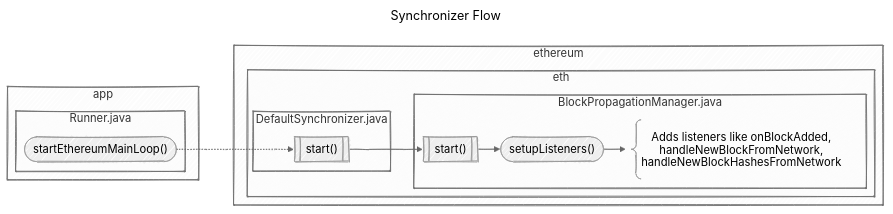
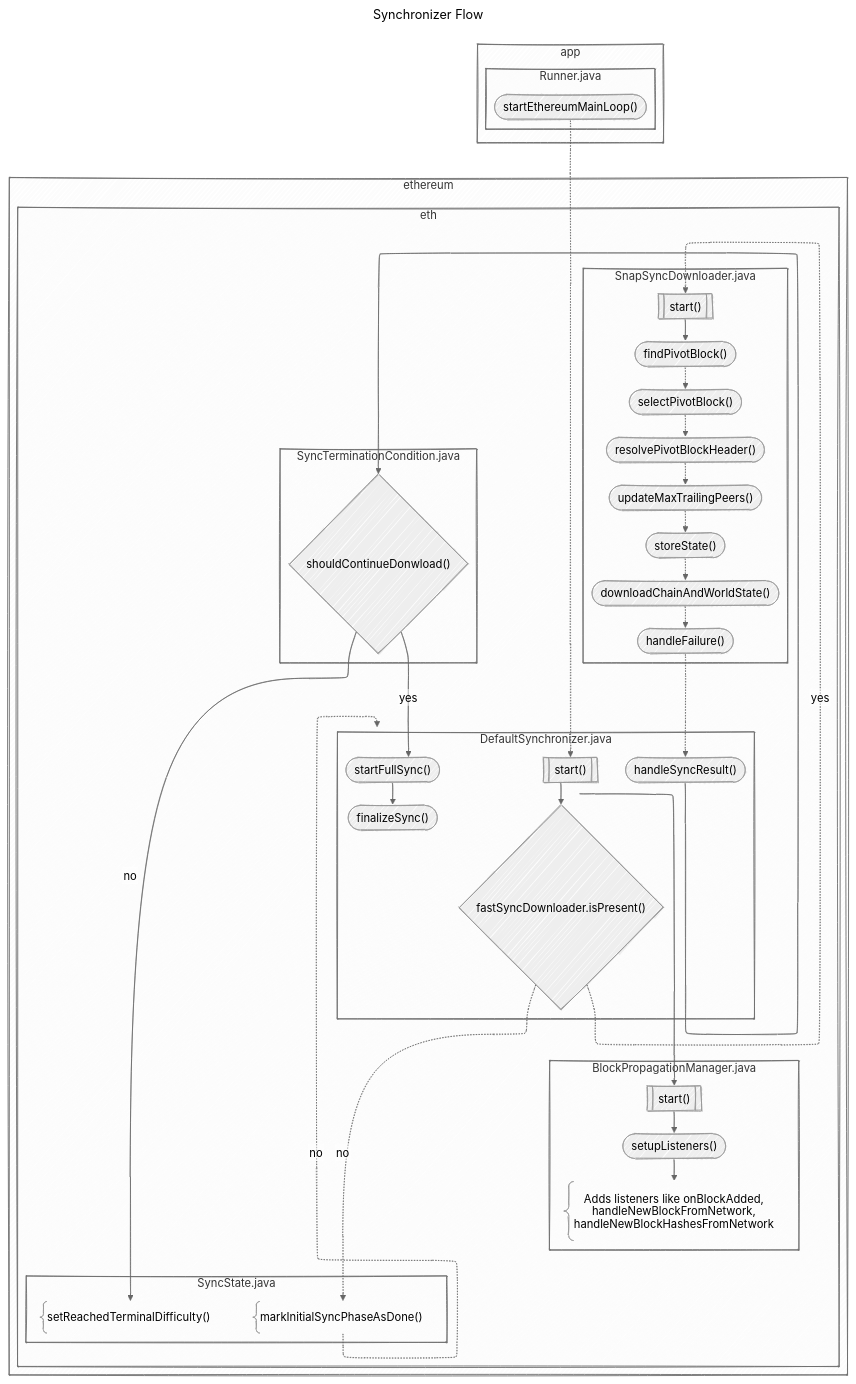
One commit to mimanshumaheshwari-zeeve/besu-flow-documentation changed the diagram in diagrams/startup/BESU-STARTUP-004-synchronizer-start.mmd. Above: the diagram before and after it, drawn with Mermaid.

Commit message:
Add: synchronizer start flow

```diff
--- a/diagrams/startup/BESU-STARTUP-004-synchronizer-start.mmd
+++ b/diagrams/startup/BESU-STARTUP-004-synchronizer-start.mmd
@@ -1,41 +1,75 @@
 ---
 title: Synchronizer Flow
 config:
   layout: elk
   htmlLabels: false
   theme: neutral
   look: handDrawn
   handDrawnSeed: 8123234
   elk:
     mergeEdges: true
     nodePlacementStrategy: LINEAR_SEGMENTS
     nodePlacementAlignment: BALANCED
     keepEntryNodeOnTop: true
   flowchart:
     defaultRenderer : elk
     wrappingWidth: 350
     inheritDir: false
 ---
 %%{init: {"flowchart": {"defaultRenderer": "elk"}} }%%
-flowchart LR
+flowchart
   subgraph "app"
     subgraph "Runner.java"
       startEthereumMainLoop(["`startEthereumMainLoop()`"])
     end
   end
 
   subgraph "ethereum"
     subgraph "eth"
+      subgraph "SyncState.java"
+        markInitialSyncPhaseAsDone("`markInitialSyncPhaseAsDone()`")
+        setReachedTerminalDifficulty("`setReachedTerminalDifficulty()`")
+      end
+
+      subgraph "SyncTerminationCondition.java"
+        shouldContinueDonwload{"`shouldContinueDonwload()`"}
+      end
+
+      subgraph "SnapSyncDownloader.java"
+        snapSyncDownloader_start[["`start()`"]]
+        findPivotBlock(["`findPivotBlock()`"])
+        selectPivotBlock(["`selectPivotBlock()`"])
+        resolvePivotBlockHeader(["`resolvePivotBlockHeader()`"])
+        updateMaxTrailingPeers(["`updateMaxTrailingPeers()`"])
+        storeState(["`storeState()`"])
+        downloadChainAndWorldState(["`downloadChainAndWorldState()`"])
+        handleFailure(["`handleFailure()`"])
+
+        snapSyncDownloader_start --> findPivotBlock .->selectPivotBlock .-> resolvePivotBlockHeader .-> updateMaxTrailingPeers .-> storeState .-> downloadChainAndWorldState .-> handleFailure
+      end
+
       subgraph "DefaultSynchronizer.java"
         defaultSynchronizer_start[["`start()`"]]
+        startFullSync(["`startFullSync()`"])
+        finalizeSync(["`finalizeSync()`"])
+        fastSyncDownloader_present{"`fastSyncDownloader.isPresent()`"}
+        handleSyncResult(["`handleSyncResult()`"])
+
+        startFullSync --> finalizeSync
       end
+
       subgraph "BlockPropagationManager.java"
         blockPropagationManager_start[["`start()`"]]
         setupListeners(["`setupListeners()`"])
         blockPropagationManager_start --> setupListeners -->listerners@{shape: brace, label: "Adds listeners like onBlockAdded, handleNewBlockFromNetwork, handleNewBlockHashesFromNetwork"}
       end
+
+      fastSyncDownloader_present .->|no| markInitialSyncPhaseAsDone@{shape: brace} .->|no| startFullSync
+      defaultSynchronizer_start --> fastSyncDownloader_present .->|yes| snapSyncDownloader_start
+      handleFailure .-> handleSyncResult --> shouldContinueDonwload --yes--> startFullSync
+      shouldContinueDonwload -->|no| setReachedTerminalDifficulty@{shape: brace}
     end
   end
 
   startEthereumMainLoop .-> defaultSynchronizer_start
   defaultSynchronizer_start --> blockPropagationManager_start
```
